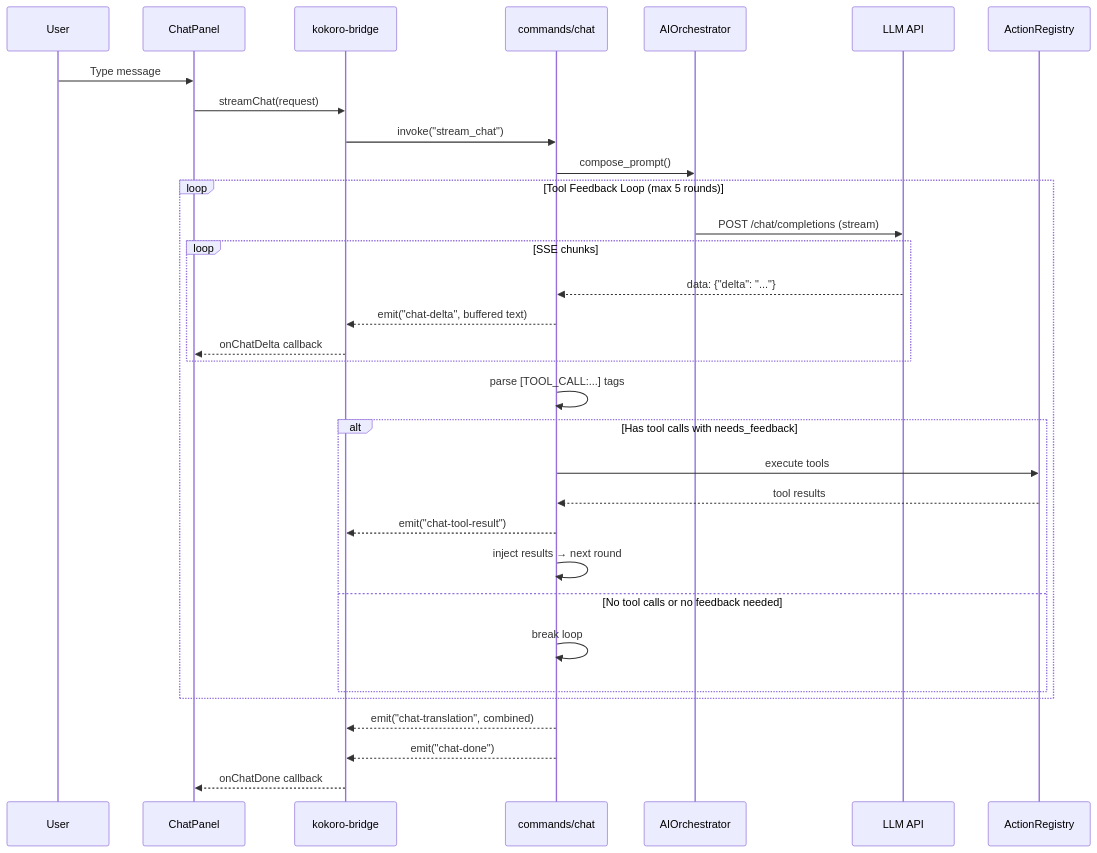
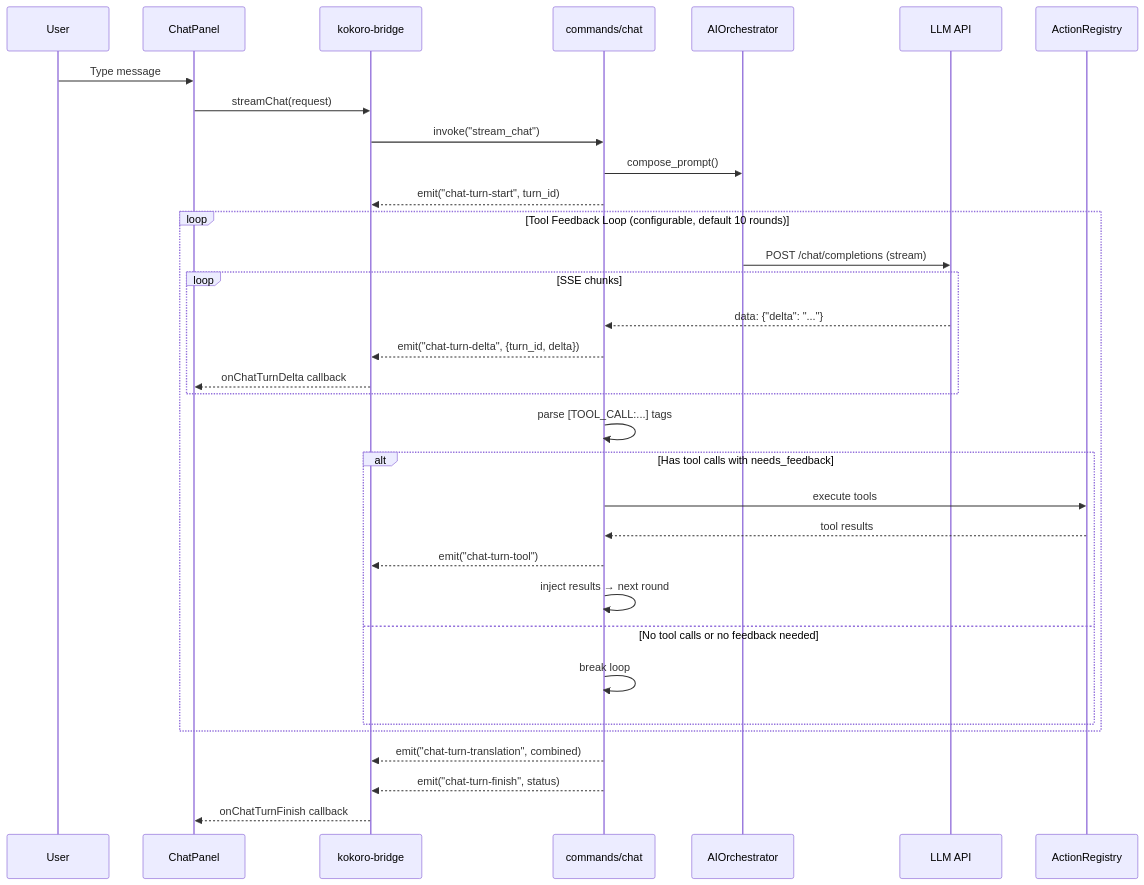
One commit to chyinan/Kokoro-Engine changed the third of 4 diagrams in docs/architecture.md. Above: the diagram before and after it, drawn with Mermaid. The commit also changed other lines of this file and 2 other files, not shown here.

````diff
--- a/docs/architecture.md
+++ b/docs/architecture.md
@@ -651,37 +661,38 @@
 ```mermaid
 sequenceDiagram
     participant U as User
     participant CP as ChatPanel
     participant BR as kokoro-bridge
     participant CMD as commands/chat
     participant AI as AIOrchestrator
     participant LLM as LLM API
     participant ACT as ActionRegistry
 
     U->>CP: Type message
     CP->>BR: streamChat(request)
     BR->>CMD: invoke("stream_chat")
     CMD->>AI: compose_prompt()
+    CMD-->>BR: emit("chat-turn-start", turn_id)
 
-    loop Tool Feedback Loop (max 5 rounds)
+    loop Tool Feedback Loop (configurable, default 10 rounds)
         AI->>LLM: POST /chat/completions (stream)
         loop SSE chunks
             LLM-->>CMD: data: {"delta": "..."}
-            CMD-->>BR: emit("chat-delta", buffered text)
-            BR-->>CP: onChatDelta callback
+            CMD-->>BR: emit("chat-turn-delta", {turn_id, delta})
+            BR-->>CP: onChatTurnDelta callback
         end
         CMD->>CMD: parse [TOOL_CALL:...] tags
         alt Has tool calls with needs_feedback
             CMD->>ACT: execute tools
             ACT-->>CMD: tool results
-            CMD-->>BR: emit("chat-tool-result")
+            CMD-->>BR: emit("chat-turn-tool")
             CMD->>CMD: inject results → next round
         else No tool calls or no feedback needed
             CMD->>CMD: break loop
         end
     end
 
-    CMD-->>BR: emit("chat-translation", combined)
-    CMD-->>BR: emit("chat-done")
-    BR-->>CP: onChatDone callback
+    CMD-->>BR: emit("chat-turn-translation", combined)
+    CMD-->>BR: emit("chat-turn-finish", status)
+    BR-->>CP: onChatTurnFinish callback
 ```
````
